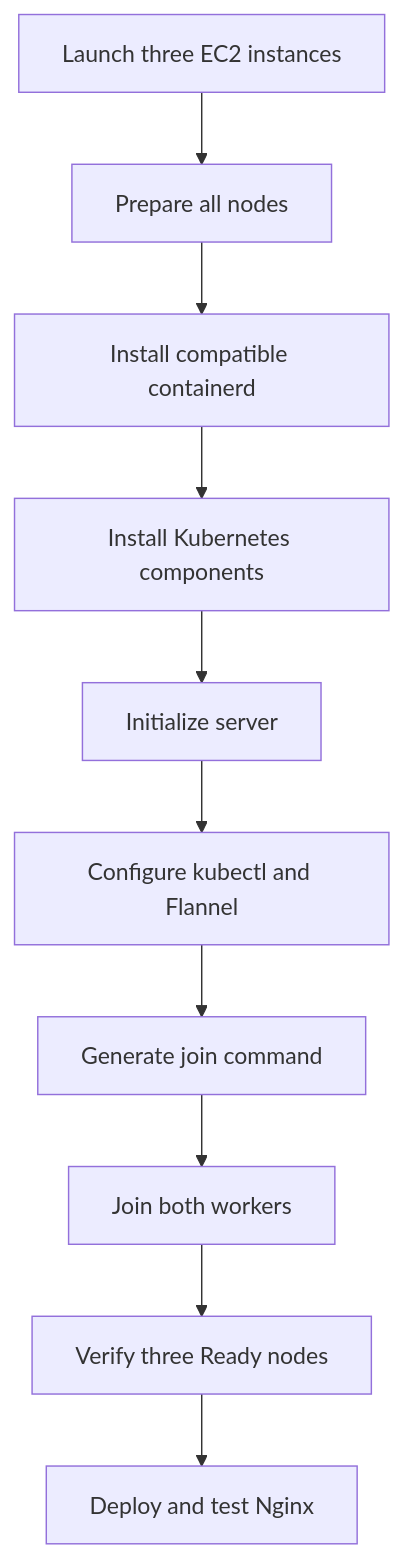
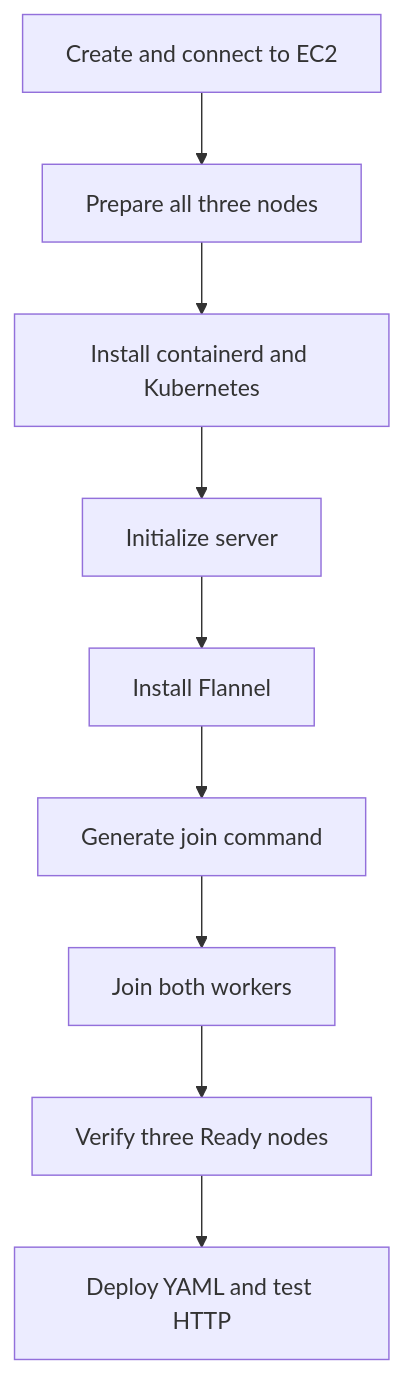
Before and after one commit to atulkamble/ec2-kubeadm: the third of 4 diagrams in docs/architecture.md, drawn with Mermaid. The commit also changed other lines of this file, not shown here.

Commit message:
docs: simplify architecture with visual cluster and application flows

````diff
--- a/docs/architecture.md
+++ b/docs/architecture.md
@@ -16,12 +41,11 @@
 ```mermaid
 flowchart TD
-  A[Launch three EC2 instances] --> B[Prepare all nodes]
-  B --> C[Install compatible containerd]
-  C --> D[Install Kubernetes components]
-  D --> E[Initialize server]
-  E --> F[Configure kubectl and Flannel]
-  F --> G[Generate join command]
-  G --> H[Join both workers]
-  H --> I[Verify three Ready nodes]
-  I --> J[Deploy and test Nginx]
+ A[Create and connect to EC2] --> B[Prepare all three nodes]
+ B --> C[Install containerd and Kubernetes]
+ C --> D[Initialize server]
+ D --> E[Install Flannel]
+ E --> F[Generate join command]
+ F --> G[Join both workers]
+ G --> H[Verify three Ready nodes]
+ H --> I[Deploy YAML and test HTTP]
 ```
````
